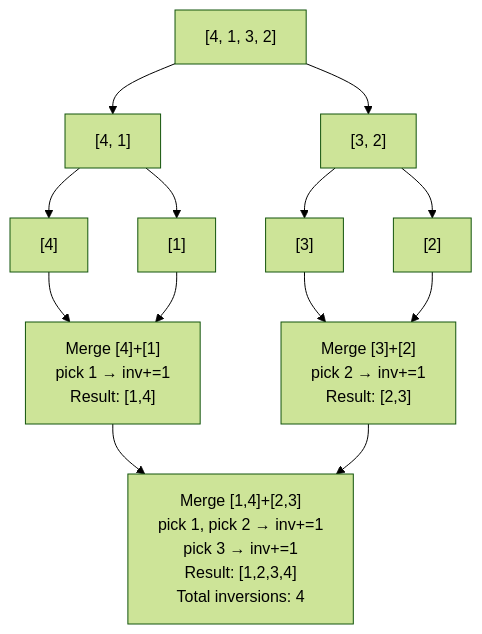
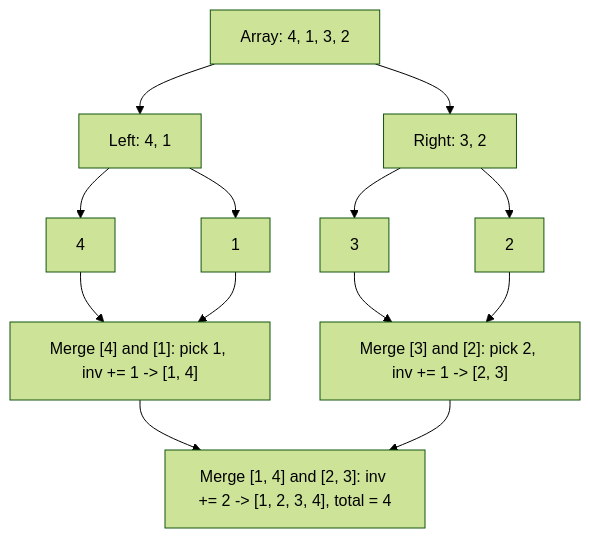
One commit to 2ru17/Project-Engram changed the diagram in content/Main Notes/3rd Year/Term 1/CSALGCM/Module 2 - Divide and Conquer/Problem Sets/[PS] Empress Arcana Problems/06 - Swapper, No Swapping!!!.md. Above: the diagram before and after it, drawn with Mermaid (forest theme). The commit also changed other lines of this file and 84 other files, not shown here.

````diff
--- a/content/Main Notes/3rd Year/Term 1/CSALGCM/Module 2 - Divide and Conquer/Problem Sets/[PS] Empress Arcana Problems/06 - Swapper, No Swapping!!!.md
+++ b/content/Main Notes/3rd Year/Term 1/CSALGCM/Module 2 - Divide and Conquer/Problem Sets/[PS] Empress Arcana Problems/06 - Swapper, No Swapping!!!.md
@@ -127,12 +134,15 @@
 ```mermaid
 flowchart TD
-    A["[4, 1, 3, 2]"] --> B["[4, 1]"]
-    A --> C["[3, 2]"]
-    B --> D["[4]"]
-    B --> E["[1]"]
-    C --> F["[3]"]
-    C --> G["[2]"]
-    D & E --> H["Merge [4]+[1]\npick 1 → inv+=1\nResult: [1,4]"]
-    F & G --> I["Merge [3]+[2]\npick 2 → inv+=1\nResult: [2,3]"]
-    H & I --> J["Merge [1,4]+[2,3]\npick 1, pick 2 → inv+=1\npick 3 → inv+=1\nResult: [1,2,3,4]\nTotal inversions: 4"]
+    A["Array: 4, 1, 3, 2"] --> B["Left: 4, 1"]
+    A --> C["Right: 3, 2"]
+    B --> D["4"]
+    B --> E["1"]
+    C --> F["3"]
+    C --> G["2"]
+    D --> H["Merge [4] and [1]: pick 1, inv += 1 -> [1, 4]"]
+    E --> H
+    F --> I["Merge [3] and [2]: pick 2, inv += 1 -> [2, 3]"]
+    G --> I
+    H --> J["Merge [1, 4] and [2, 3]: inv += 2 -> [1, 2, 3, 4], total = 4"]
+    I --> J
 ```
````
